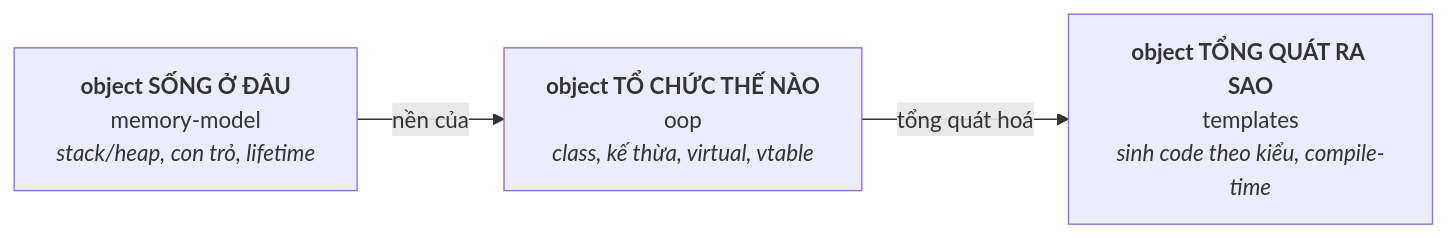
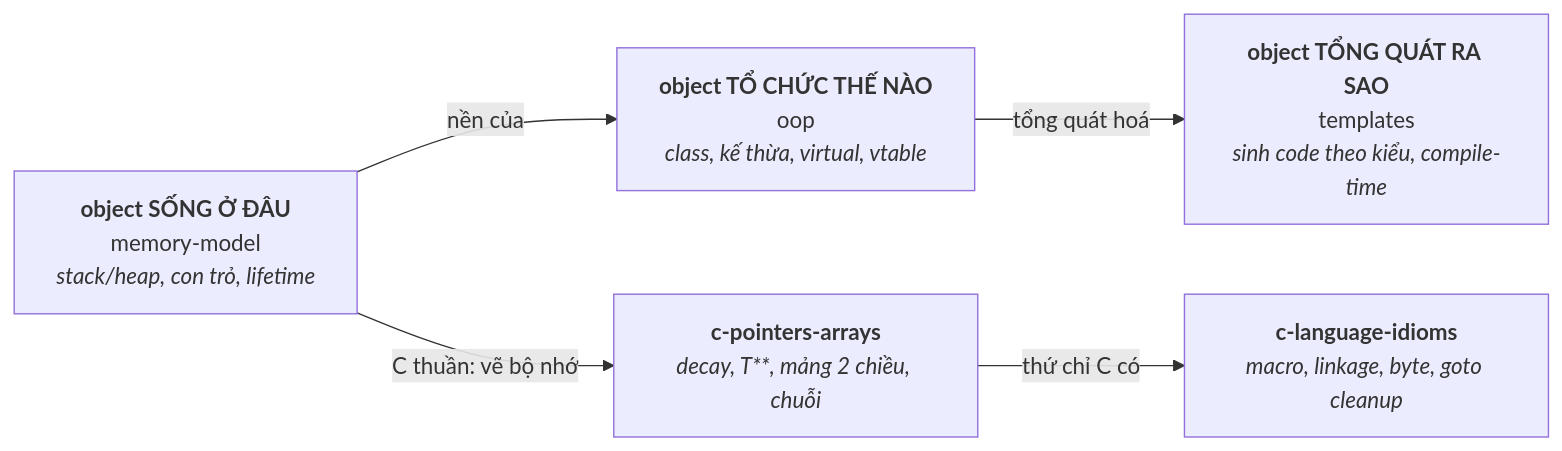
The diagram in 01-cpp-fundamentals/README.md (gia0901/Embedded-Knowledge), drawn with Mermaid before and after one commit. The commit also changed other lines of this file and 51 other files, not shown here.

````diff
--- a/01-cpp-fundamentals/README.md
+++ b/01-cpp-fundamentals/README.md
@@ -9,7 +9,9 @@
 ```mermaid
 flowchart LR
     A["<b>object SỐNG Ở ĐÂU</b><br/>memory-model<br/><i>stack/heap, con trỏ, lifetime</i>"]
     B["<b>object TỔ CHỨC THẾ NÀO</b><br/>oop<br/><i>class, kế thừa, virtual, vtable</i>"]
     C["<b>object TỔNG QUÁT RA SAO</b><br/>templates<br/><i>sinh code theo kiểu, compile-time</i>"]
     A -->|"nền của"| B -->|"tổng quát hoá"| C
+    A -->|"C thuần: vẽ bộ nhớ"| P["<b>c-pointers-arrays</b><br/><i>decay, T**, mảng 2 chiều, chuỗi</i>"]
+    P -->|"thứ chỉ C có"| I["<b>c-language-idioms</b><br/><i>macro, linkage, byte, goto cleanup</i>"]
 ```
````
